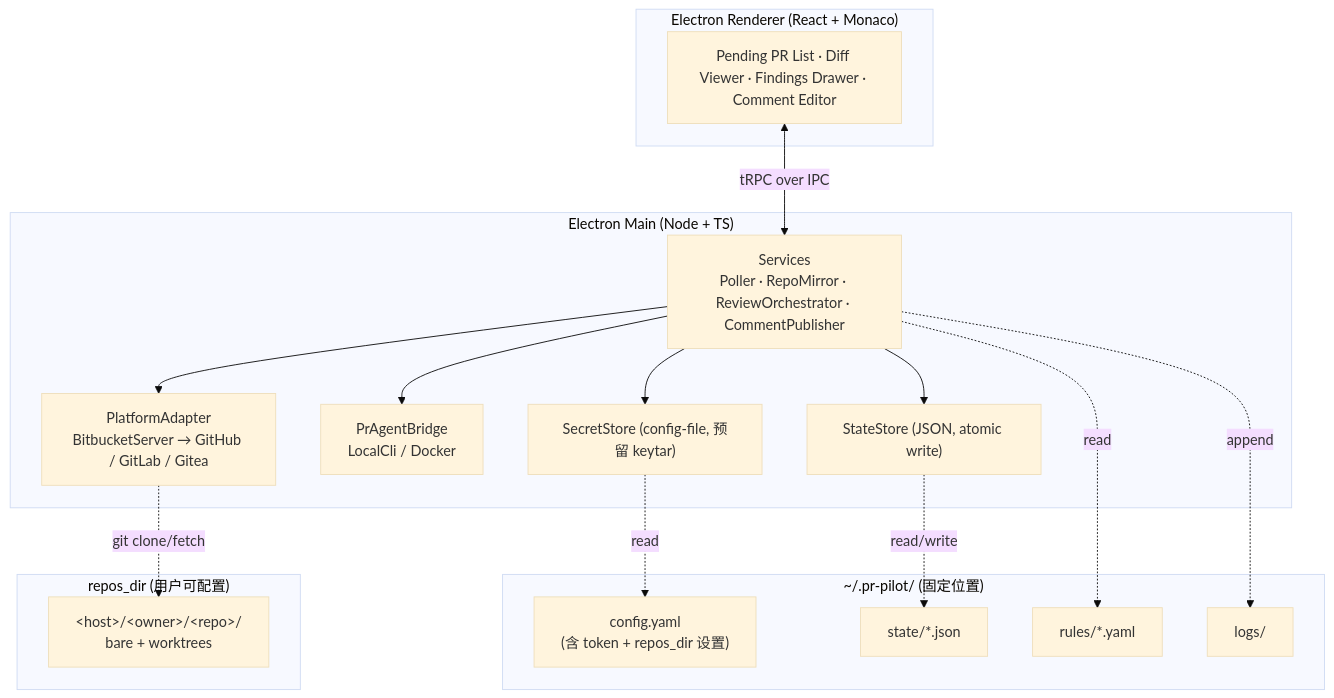
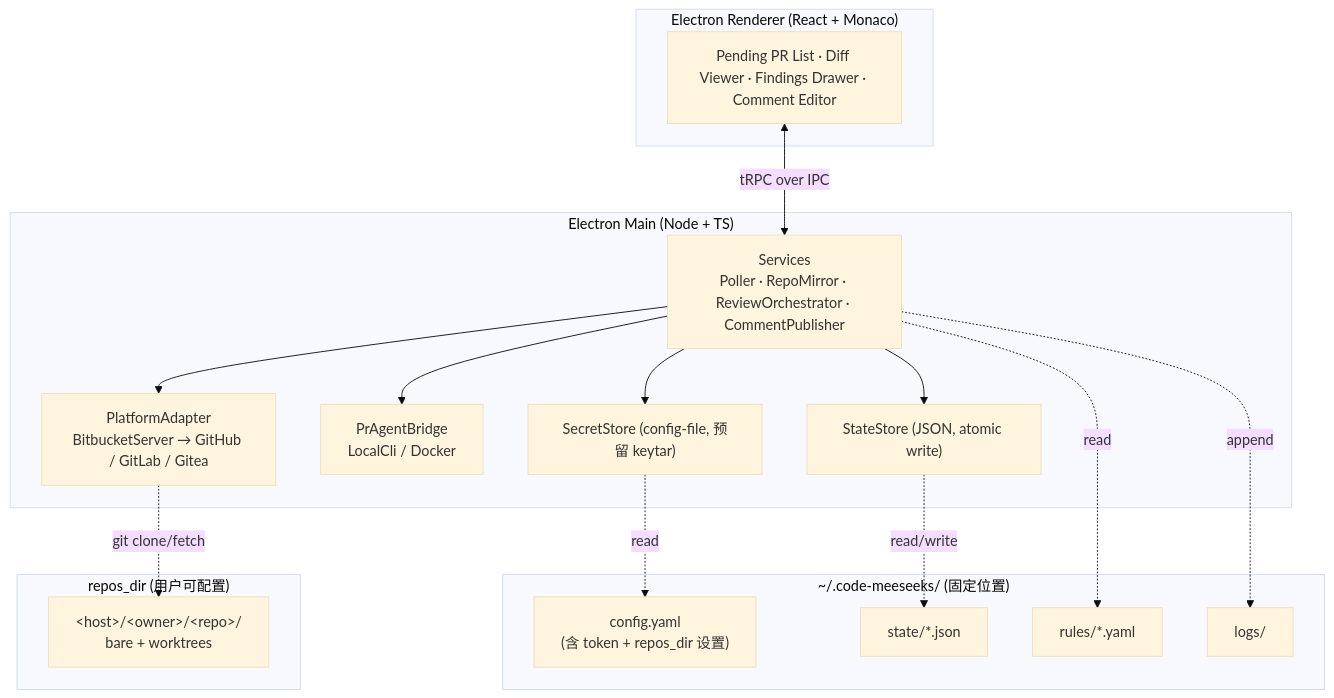
The diagram in docs/ROADMAP.md (huhamhire/code-meeseeks), drawn with Mermaid (base theme) before and after one commit. The commit also changed other lines of this file and 85 other files, not shown here.

First line of the commit message:
refactor: 品牌重命名 pr-pilot → Code Meeseeks（内部代号 @meebox）

````diff
--- a/docs/ROADMAP.md
+++ b/docs/ROADMAP.md
@@ -33,36 +37,36 @@
 ```mermaid
 flowchart TB
   subgraph R["Electron Renderer (React + Monaco)"]
     UI["Pending PR List · Diff Viewer · Findings Drawer · Comment Editor"]
   end
 
   subgraph M["Electron Main (Node + TS)"]
     Svc["Services<br/>Poller · RepoMirror · ReviewOrchestrator · CommentPublisher"]
     Adp["PlatformAdapter<br/>BitbucketServer → GitHub / GitLab / Gitea"]
     Brg["PrAgentBridge<br/>LocalCli / Docker"]
     Sto["StateStore (JSON, atomic write)"]
     Sec["SecretStore (config-file, 预留 keytar)"]
   end
 
-  subgraph App["~/.pr-pilot/ (固定位置)"]
+  subgraph App["~/.code-meeseeks/ (固定位置)"]
     Cfg["config.yaml<br/>(含 token + repos_dir 设置)"]
     St["state/*.json"]
     Rl["rules/*.yaml"]
     Lg["logs/"]
   end
 
   subgraph RD["repos_dir (用户可配置)"]
     Re["&lt;host&gt;/&lt;owner&gt;/&lt;repo&gt;/<br/>bare + worktrees"]
   end
 
   UI <-->|tRPC over IPC| Svc
   Svc --> Adp
   Svc --> Brg
   Svc --> Sto
   Svc --> Sec
   Sto -.read/write.-> St
   Sec -.read.-> Cfg
   Svc -.read.-> Rl
   Svc -.append.-> Lg
   Adp -.git clone/fetch.-> Re
 ```
````
